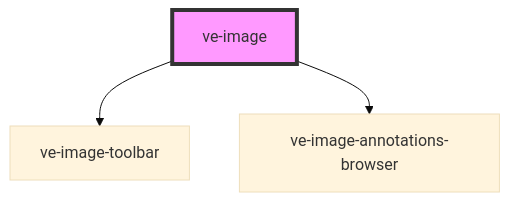
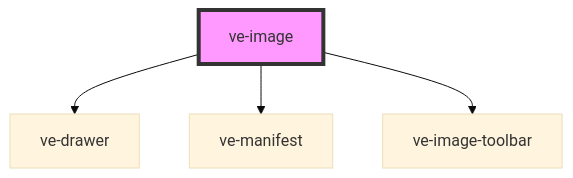
One commit to visual-essays/web-components changed the diagram in src/components/ve-image/readme.md. Above: the diagram before and after it, drawn with Mermaid (base theme). The commit also changed other lines of this file and 16 other files, not shown here.

````diff
--- a/src/components/ve-image/readme.md
+++ b/src/components/ve-image/readme.md
@@ -33,6 +36,7 @@
 ```mermaid
 graph TD;
+  ve-image --> ve-drawer
+  ve-image --> ve-manifest
   ve-image --> ve-image-toolbar
-  ve-image --> ve-image-annotations-browser
   style ve-image fill:#f9f,stroke:#333,stroke-width:4px
 ```
````
